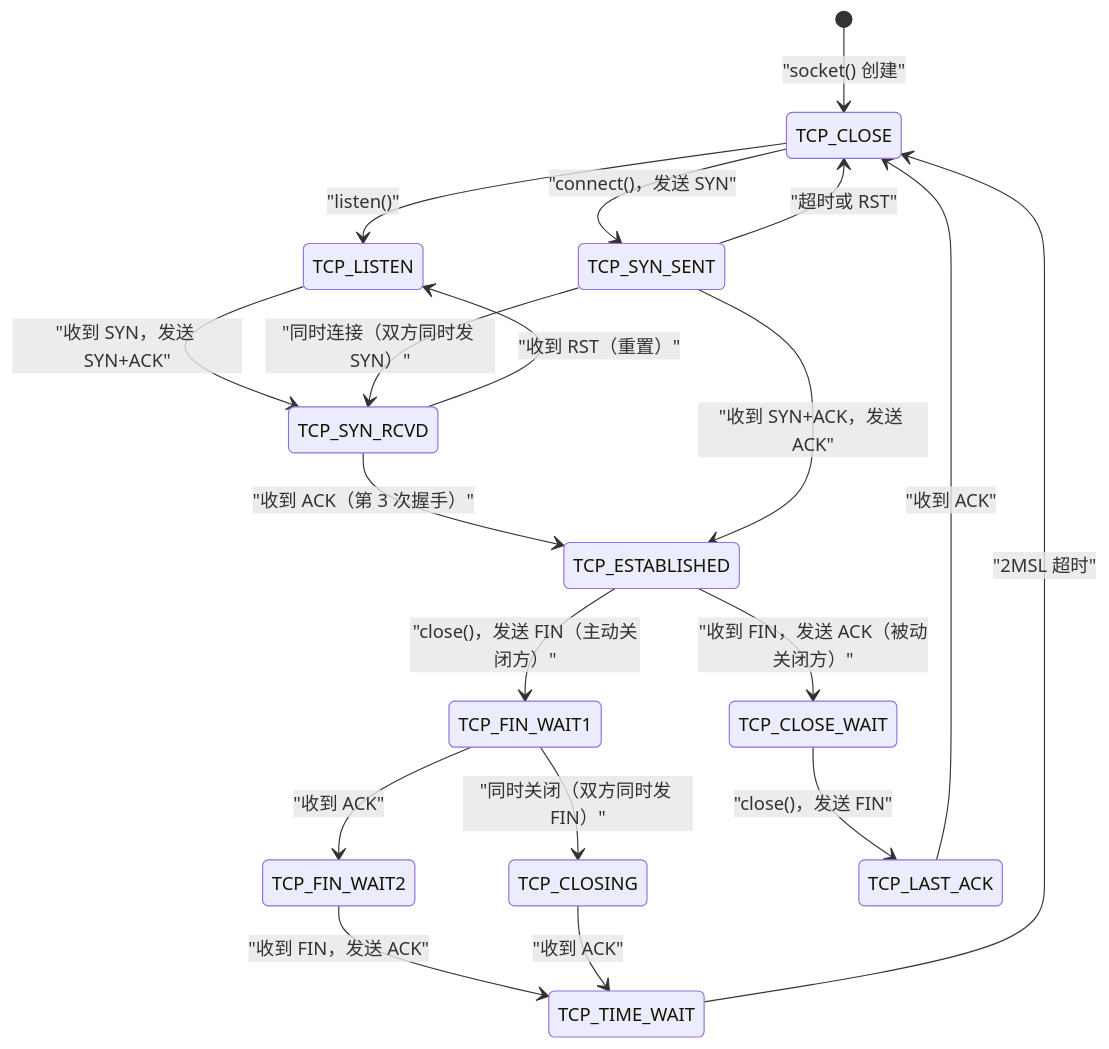
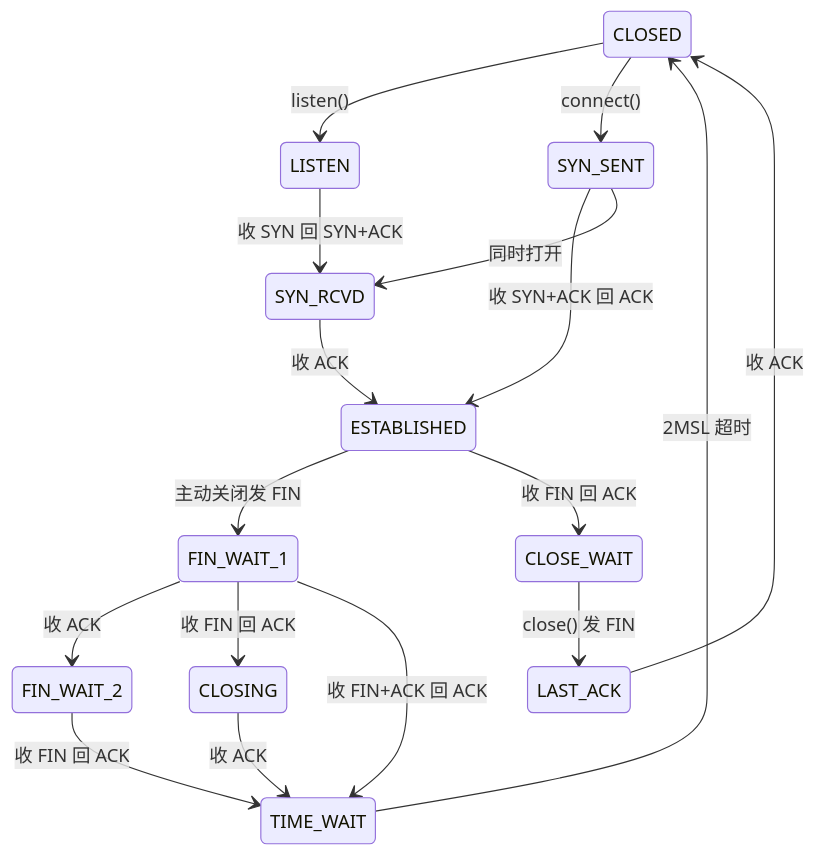
One commit to hpliStartAgain/my-brain changed the fourth of 6 diagrams in content/Linux/网络协议栈与IO/02 TCP、IP 协议栈内核实现——sk_buff、协议层与连接状态机.md. Above: the diagram before and after it, drawn with Mermaid. The commit also changed other lines of this file and 47 other files, not shown here.

````diff
--- a/content/Linux/网络协议栈与IO/02 TCP、IP 协议栈内核实现——sk_buff、协议层与连接状态机.md
+++ b/content/Linux/网络协议栈与IO/02 TCP、IP 协议栈内核实现——sk_buff、协议层与连接状态机.md
@@ -260,28 +222,20 @@
 ```mermaid
 %%{init: {'theme': 'dracula'}}%%
 stateDiagram-v2
-    [*] --> TCP_CLOSE : "socket() 创建"
-    TCP_CLOSE --> TCP_LISTEN : "listen()"
-    TCP_CLOSE --> TCP_SYN_SENT : "connect()，发送 SYN"
-
-    TCP_LISTEN --> TCP_SYN_RCVD : "收到 SYN，发送 SYN+ACK"
-    TCP_SYN_RCVD --> TCP_ESTABLISHED : "收到 ACK（第 3 次握手）"
-    TCP_SYN_RCVD --> TCP_LISTEN : "收到 RST（重置）"
-
-    TCP_SYN_SENT --> TCP_ESTABLISHED : "收到 SYN+ACK，发送 ACK"
-    TCP_SYN_SENT --> TCP_SYN_RCVD : "同时连接（双方同时发 SYN）"
-    TCP_SYN_SENT --> TCP_CLOSE : "超时或 RST"
-
-    TCP_ESTABLISHED --> TCP_FIN_WAIT1 : "close()，发送 FIN（主动关闭方）"
-    TCP_ESTABLISHED --> TCP_CLOSE_WAIT : "收到 FIN，发送 ACK（被动关闭方）"
-
-    TCP_FIN_WAIT1 --> TCP_FIN_WAIT2 : "收到 ACK"
-    TCP_FIN_WAIT1 --> TCP_CLOSING : "同时关闭（双方同时发 FIN）"
-    TCP_FIN_WAIT2 --> TCP_TIME_WAIT : "收到 FIN，发送 ACK"
-
-    TCP_CLOSE_WAIT --> TCP_LAST_ACK : "close()，发送 FIN"
-    TCP_LAST_ACK --> TCP_CLOSE : "收到 ACK"
-
-    TCP_CLOSING --> TCP_TIME_WAIT : "收到 ACK"
-    TCP_TIME_WAIT --> TCP_CLOSE : "2MSL 超时"
+    CLOSED --> LISTEN : listen()
+    CLOSED --> SYN_SENT : connect()
+    LISTEN --> SYN_RCVD : 收 SYN 回 SYN+ACK
+    SYN_SENT --> ESTABLISHED : 收 SYN+ACK 回 ACK
+    SYN_SENT --> SYN_RCVD : 同时打开
+    SYN_RCVD --> ESTABLISHED : 收 ACK
+    ESTABLISHED --> FIN_WAIT_1 : 主动关闭发 FIN
+    ESTABLISHED --> CLOSE_WAIT : 收 FIN 回 ACK
+    FIN_WAIT_1 --> FIN_WAIT_2 : 收 ACK
+    FIN_WAIT_1 --> CLOSING : 收 FIN 回 ACK
+    FIN_WAIT_1 --> TIME_WAIT : 收 FIN+ACK 回 ACK
+    FIN_WAIT_2 --> TIME_WAIT : 收 FIN 回 ACK
+    CLOSING --> TIME_WAIT : 收 ACK
+    CLOSE_WAIT --> LAST_ACK : close() 发 FIN
+    LAST_ACK --> CLOSED : 收 ACK
+    TIME_WAIT --> CLOSED : 2MSL 超时
 ```
````
